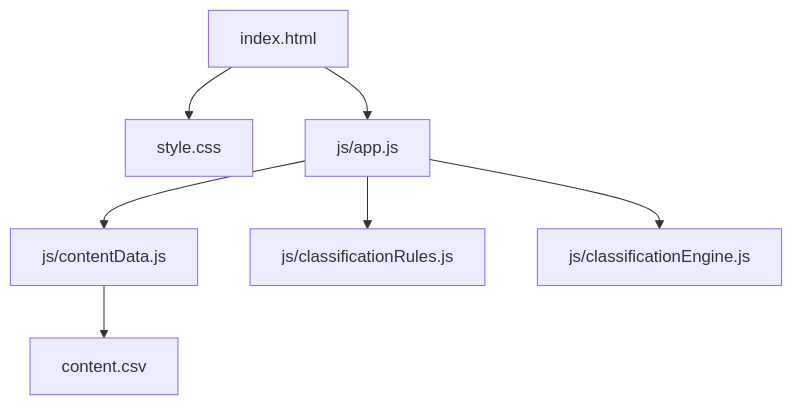
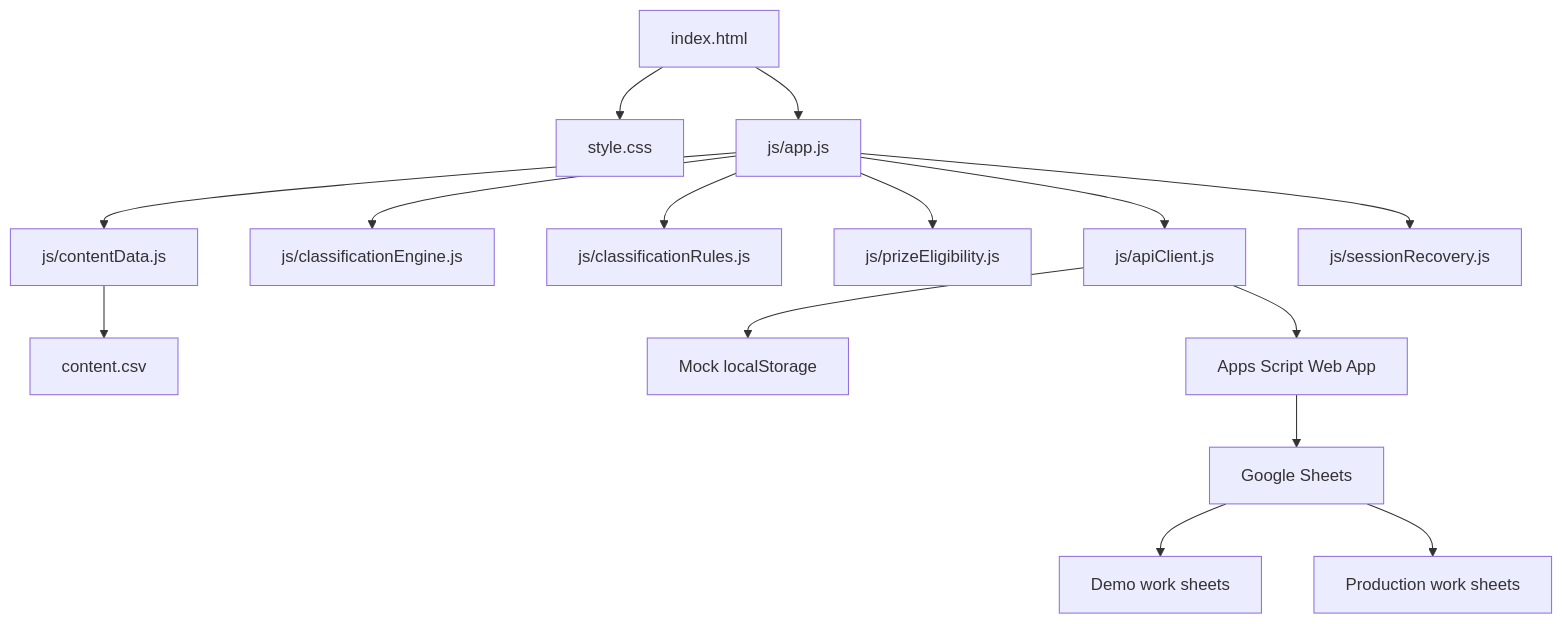
Before and after one commit to Yi-Cheng-Lin-ntu/GarminRunYourRunningGear: the diagram in PROJECT_MAP.md, drawn with Mermaid. The commit also changed other lines of this file and 1 other file, not shown here.

````diff
--- a/PROJECT_MAP.md
+++ b/PROJECT_MAP.md
@@ -7,9 +68,17 @@
 ```mermaid
 flowchart TD
-  index[index.html] --> styles[style.css]
-  index --> app[js/app.js]
-  app --> contentLoader[js/contentData.js]
-  contentLoader --> contentCsv[content.csv]
+  html[index.html] --> css[style.css]
+  html --> app[js/app.js]
+  app --> csvLoader[js/contentData.js]
+  csvLoader --> csv[content.csv]
+  app --> engine[js/classificationEngine.js]
   app --> rules[js/classificationRules.js]
-  app --> engine[js/classificationEngine.js]
+  app --> eligibility[js/prizeEligibility.js]
+  app --> api[js/apiClient.js]
+  app --> recovery[js/sessionRecovery.js]
+  api --> mock[Mock localStorage]
+  api --> apps[Apps Script Web App]
+  apps --> sheets[Google Sheets]
+  sheets --> demo[Demo work sheets]
+  sheets --> production[Production work sheets]
 ```
````
